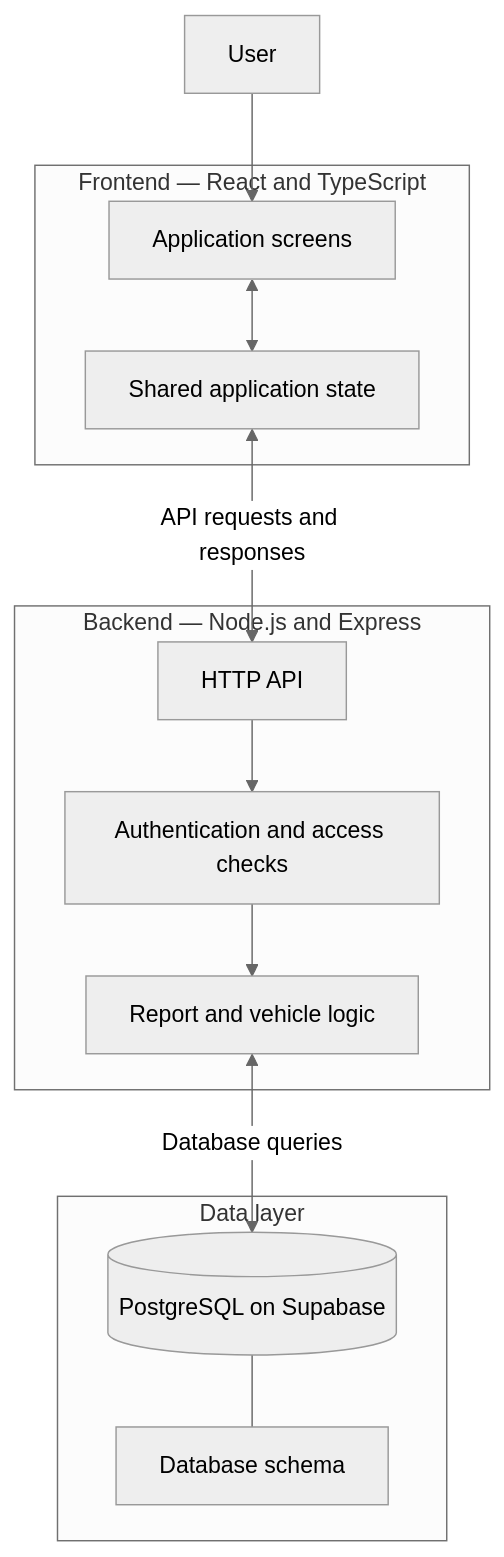
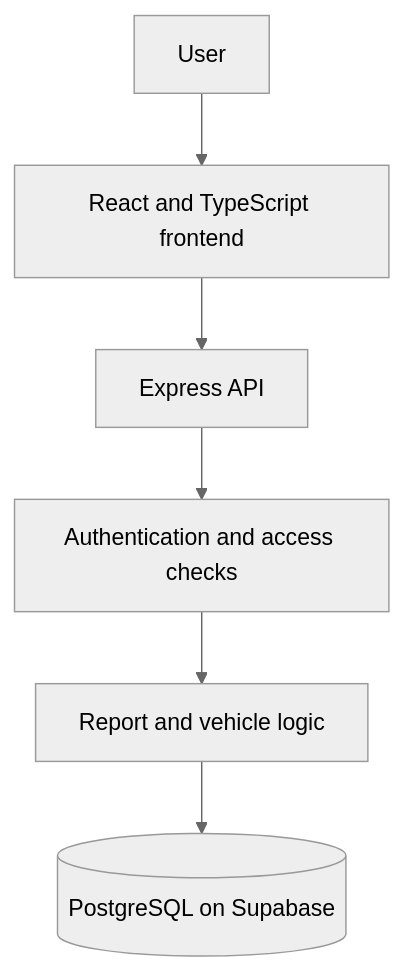
One commit to Tshepodataboy/Driver-Ping changed the second of 2 diagrams in README.md. Above: the diagram before and after it, drawn with Mermaid (neutral theme). The commit also changed other lines of this file, not shown here.

Commit message:
Fixed Readme diagrams

````diff
--- a/README.md
+++ b/README.md
@@ -82,27 +79,8 @@
 ```mermaid
-flowchart TB
-    U["User"]
-    subgraph Frontend["Frontend — React and TypeScript"]
-        UI["Application screens"]
-        STATE["Shared application state"]
-        UI <--> STATE
-    end
-
-    subgraph Backend["Backend — Node.js and Express"]
-        API["HTTP API"]
-        AUTH["Authentication and access checks"]
-        LOGIC["Report and vehicle logic"]
-        API --> AUTH
-        AUTH --> LOGIC
-    end
-
-    subgraph Database["Data layer"]
-        PG[("PostgreSQL on Supabase")]
-        SCHEMA["Database schema"]
-        PG --- SCHEMA
-    end
-
-    U --> UI
-    STATE <-->|"API requests and responses"| API
-    LOGIC <-->|"Database queries"| PG
+flowchart TD
+    U[User] --> FE[React and TypeScript frontend]
+    FE --> API[Express API]
+    API --> AUTH[Authentication and access checks]
+    AUTH --> LOGIC[Report and vehicle logic]
+    LOGIC --> DB[(PostgreSQL on Supabase)]
 ```
````
